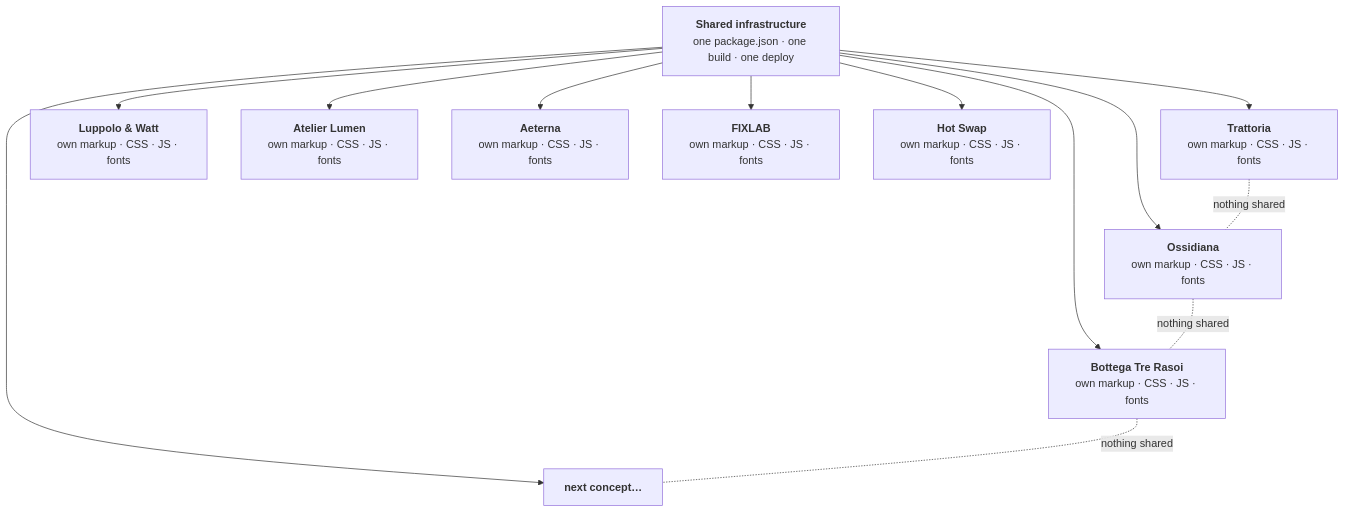
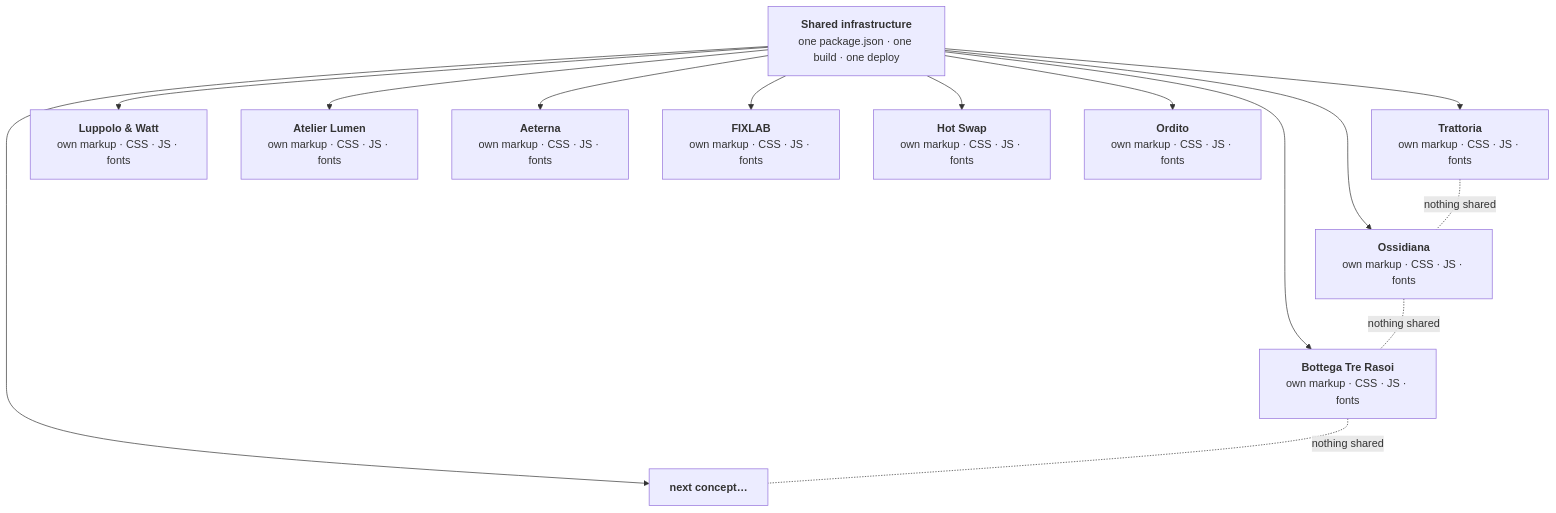
Before and after one commit to Loop-Studio-Web/vetrine: the diagram in README.md, drawn with Mermaid. The commit also changed other lines of this file and 36 other files, not shown here.

````diff
--- a/README.md
+++ b/README.md
@@ -210,16 +228,17 @@
 ```mermaid
 flowchart TB
     infra["<b>Shared infrastructure</b><br/>one package.json · one build · one deploy"]
     infra --> T["<b>Trattoria</b><br/>own markup · CSS · JS · fonts"]
     infra --> O["<b>Ossidiana</b><br/>own markup · CSS · JS · fonts"]
     infra --> R["<b>Luppolo & Watt</b><br/>own markup · CSS · JS · fonts"]
     infra --> B["<b>Bottega Tre Rasoi</b><br/>own markup · CSS · JS · fonts"]
     infra --> L["<b>Atelier Lumen</b><br/>own markup · CSS · JS · fonts"]
     infra --> A["<b>Aeterna</b><br/>own markup · CSS · JS · fonts"]
     infra --> F["<b>FIXLAB</b><br/>own markup · CSS · JS · fonts"]
     infra --> H["<b>Hot Swap</b><br/>own markup · CSS · JS · fonts"]
+    infra --> D["<b>Ordito</b><br/>own markup · CSS · JS · fonts"]
     infra --> N["<b>next concept…</b>"]
     T -.-|nothing shared| O
     O -.-|nothing shared| B
     B -.-|nothing shared| N
 ```
````
